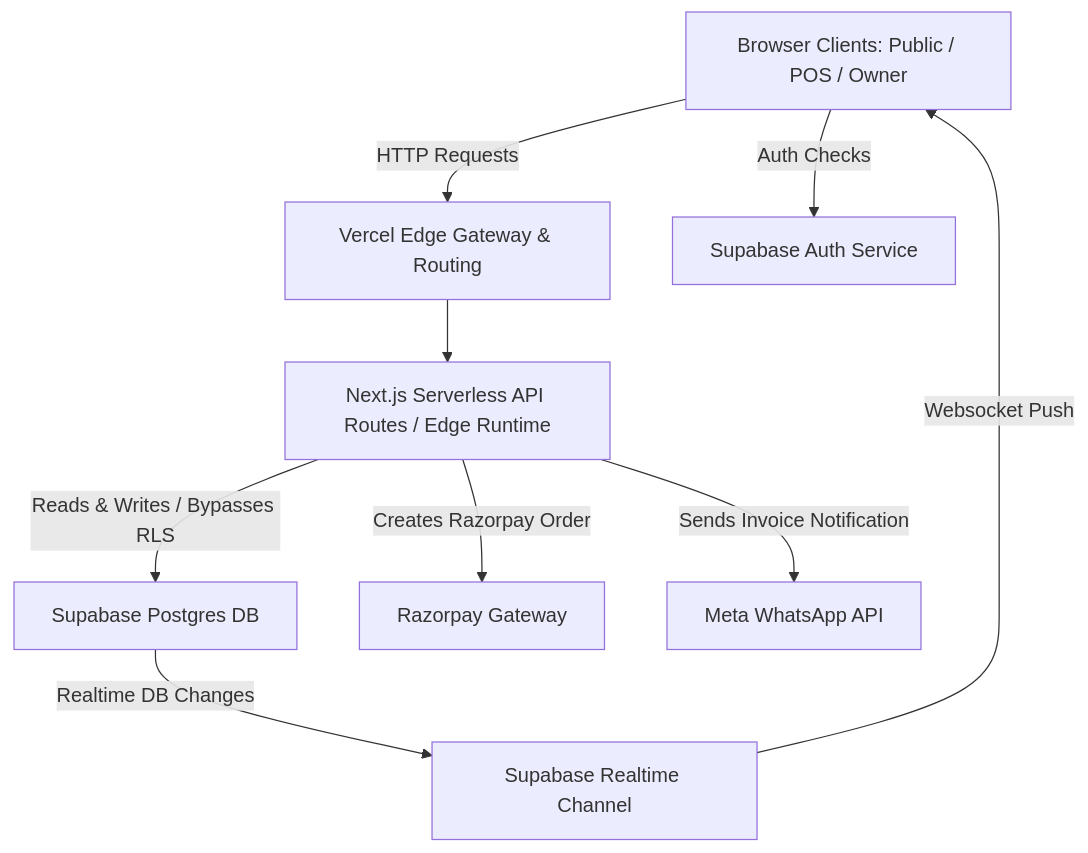
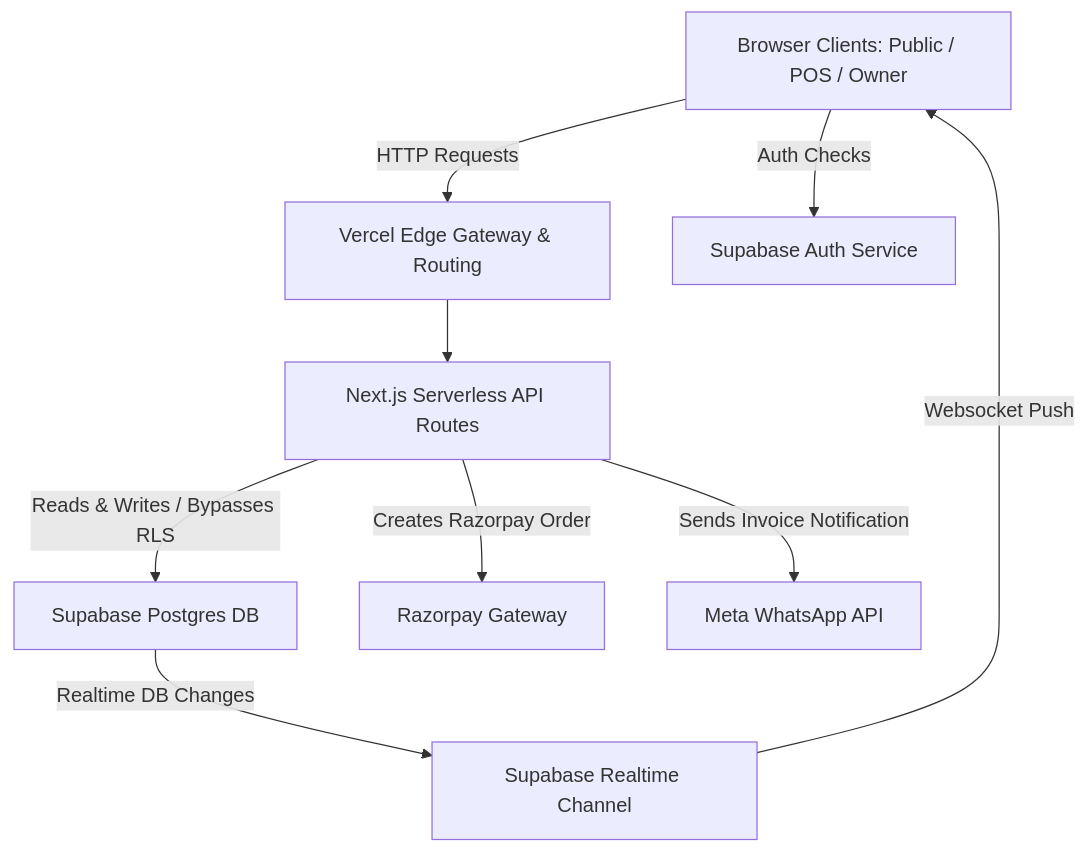
The first of 5 diagrams in ARCHITECTURE.md (Bixlaxl/gamehaus), drawn with Mermaid before and after one commit. The commit also changed other lines of this file and 4 other files, not shown here.

Commit message:
docs: system audit, full CLAUDE.md and ARCHITECTURE.md rewrite, reschedule API validation, and bookings check constraint migration

````diff
--- a/ARCHITECTURE.md
+++ b/ARCHITECTURE.md
@@ -11,20 +11,20 @@
 ```mermaid
 graph TD
   Client[Browser Clients: Public / POS / Owner]
   Vercel[Vercel Edge Gateway & Routing]
-  NextServer[Next.js Serverless API Routes / Edge Runtime]
+  NextServer[Next.js Serverless API Routes]
   SupabaseDB[Supabase Postgres DB]
   SupabaseRealtime[Supabase Realtime Channel]
   SupabaseAuth[Supabase Auth Service]
   RazorpayAPI[Razorpay Gateway]
   WhatsAppAPI[Meta WhatsApp API]
 
   Client -->|HTTP Requests| Vercel
   Vercel --> NextServer
   NextServer -->|Reads & Writes / Bypasses RLS| SupabaseDB
   NextServer -->|Creates Razorpay Order| RazorpayAPI
   NextServer -->|Sends Invoice Notification| WhatsAppAPI
   SupabaseDB -->|Realtime DB Changes| SupabaseRealtime
   SupabaseRealtime -->|Websocket Push| Client
   Client -->|Auth Checks| SupabaseAuth
 ```
````
